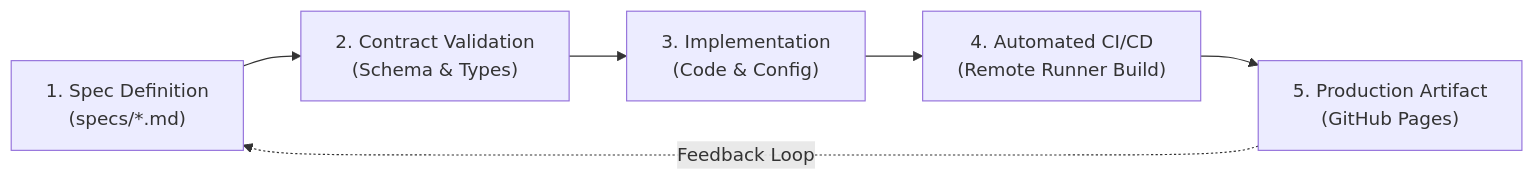
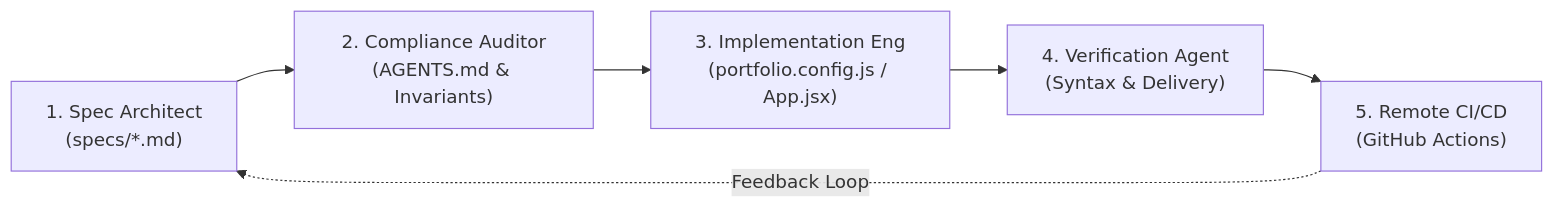
The diagram in specs/README.md (YaronL16/Web), drawn with Mermaid before and after one commit. The commit also changed other lines of this file and 8 other files, not shown here.

````diff
--- a/specs/README.md
+++ b/specs/README.md
@@ -26,8 +27,8 @@
 ```mermaid
 flowchart LR
-    A["1. Spec Definition<br/>(specs/*.md)"] --> B["2. Contract Validation<br/>(Schema & Types)"]
-    B --> C["3. Implementation<br/>(Code & Config)"]
-    C --> D["4. Automated CI/CD<br/>(Remote Runner Build)"]
-    D --> E["5. Production Artifact<br/>(GitHub Pages)"]
+    A["1. Spec Architect<br/>(specs/*.md)"] --> B["2. Compliance Auditor<br/>(AGENTS.md & Invariants)"]
+    B --> C["3. Implementation Eng<br/>(portfolio.config.js / App.jsx)"]
+    C --> D["4. Verification Agent<br/>(Syntax & Delivery)"]
+    D --> E["5. Remote CI/CD<br/>(GitHub Actions)"]
     E -. Feedback Loop .-> A
 ```
````
